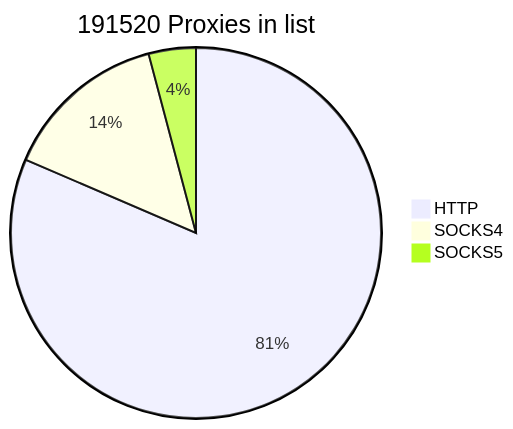
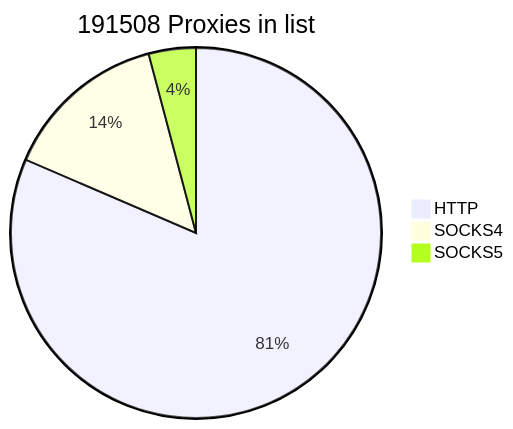
One commit to cutipu/proxylist changed the first of 2 diagrams in README.md. Above: the diagram before and after it, drawn with Mermaid. The commit also changed other lines of this file, not shown here.

````diff
--- a/README.md
+++ b/README.md
@@ -2,7 +2,7 @@
 ```mermaid
-pie title 191520 Proxies in list
-    "HTTP" : 156027
-    "SOCKS4" : 27610
-    "SOCKS5" : 7883
+pie title 191508 Proxies in list
+    "HTTP" : 156025
+    "SOCKS4" : 27607
+    "SOCKS5" : 7876
             
 ```
````
